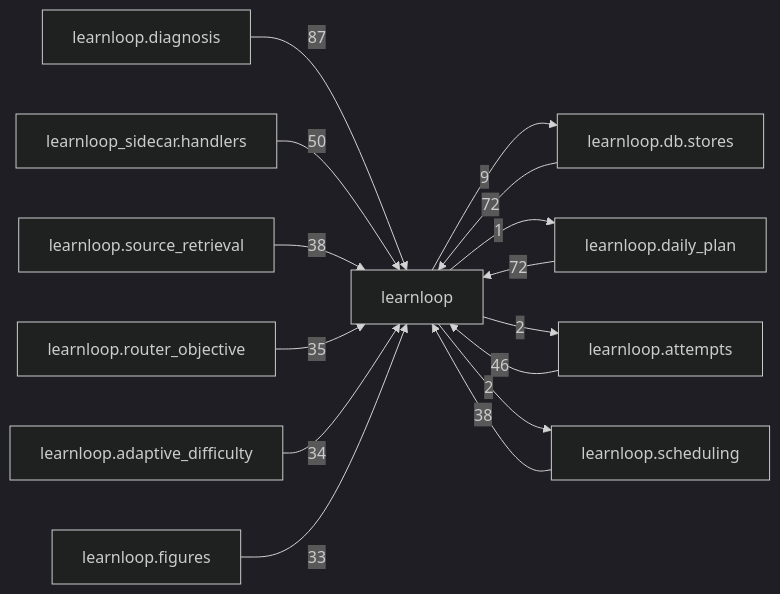
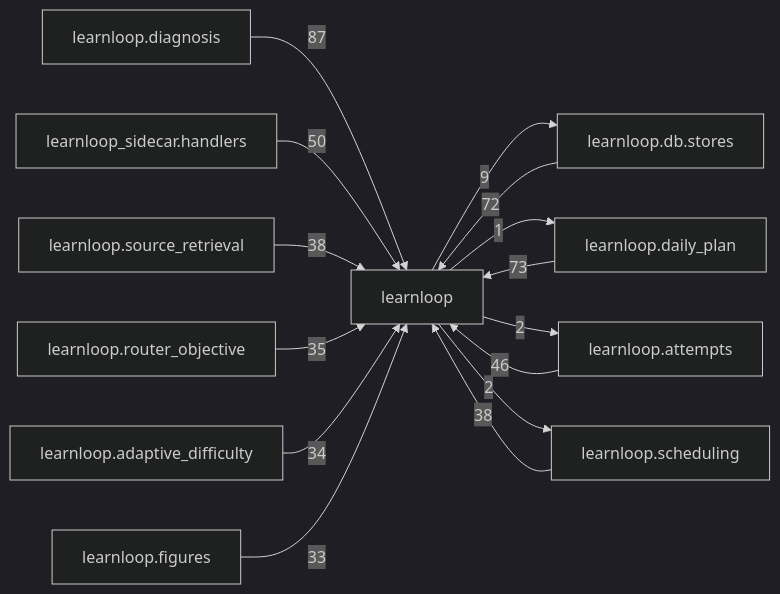
Before and after one commit to 6up-b/learnanything: the diagram in docs/learnloop-architecture-vault/Reference/Modules/learnloop/_package.md, drawn with Mermaid (dark theme). The commit also changed other lines of this file and 62 other files, not shown here.

````diff
--- a/docs/learnloop-architecture-vault/Reference/Modules/learnloop/_package.md
+++ b/docs/learnloop-architecture-vault/Reference/Modules/learnloop/_package.md
@@ -263,28 +263,28 @@
 ```mermaid
 flowchart LR
     center["learnloop"]
     n_learnloop_diagnosis["learnloop.diagnosis"]
     n_learnloop_db_stores["learnloop.db.stores"]
     n_learnloop_daily_plan["learnloop.daily_plan"]
     n_learnloop_sidecar_handlers["learnloop_sidecar.handlers"]
     n_learnloop_attempts["learnloop.attempts"]
     n_learnloop_scheduling["learnloop.scheduling"]
     n_learnloop_source_retrieval["learnloop.source_retrieval"]
     n_learnloop_router_objective["learnloop.router_objective"]
     n_learnloop_adaptive_difficulty["learnloop.adaptive_difficulty"]
     n_learnloop_figures["learnloop.figures"]
     n_learnloop_diagnosis -->|87| center
     n_learnloop_db_stores -->|72| center
     center -->|9| n_learnloop_db_stores
-    n_learnloop_daily_plan -->|72| center
+    n_learnloop_daily_plan -->|73| center
     center -->|1| n_learnloop_daily_plan
     n_learnloop_sidecar_handlers -->|50| center
     n_learnloop_attempts -->|46| center
     center -->|2| n_learnloop_attempts
     n_learnloop_scheduling -->|38| center
     center -->|2| n_learnloop_scheduling
     n_learnloop_source_retrieval -->|38| center
     n_learnloop_router_objective -->|35| center
     n_learnloop_adaptive_difficulty -->|34| center
     n_learnloop_figures -->|33| center
 ```
````
